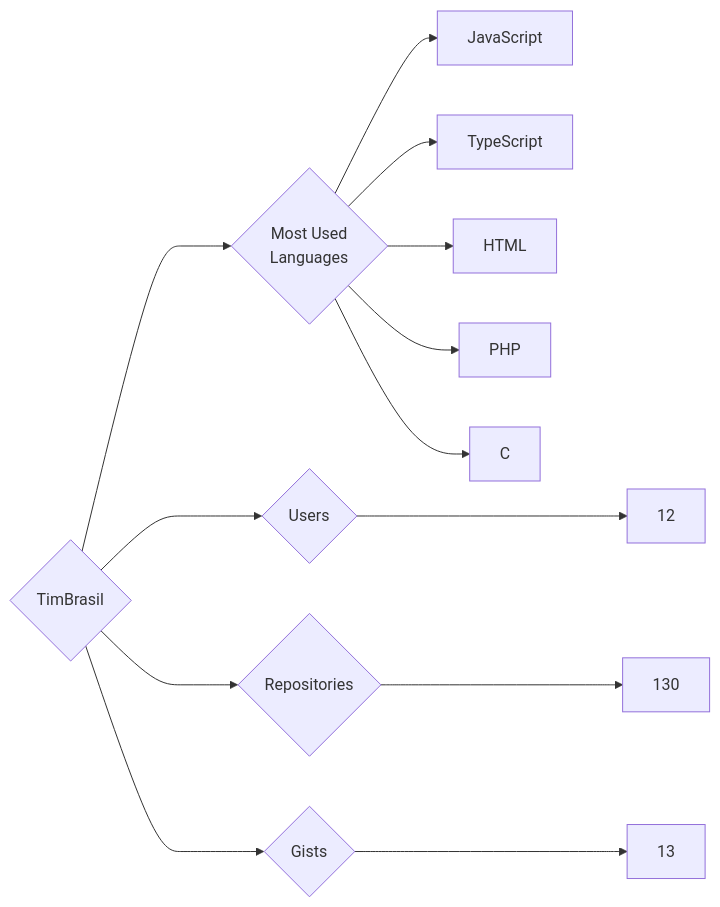
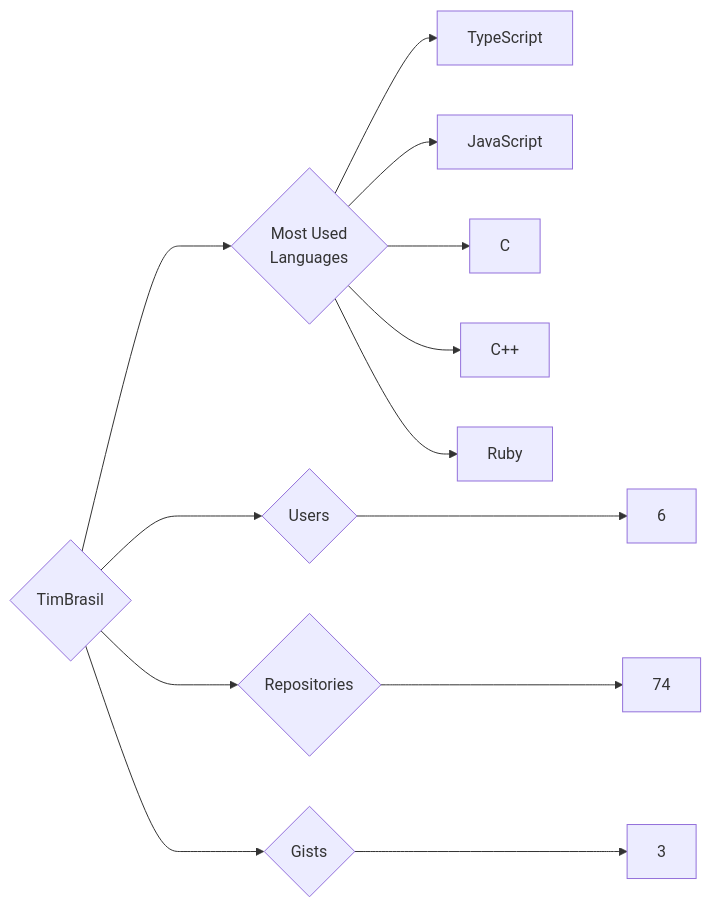
Before and after one commit to trickest/insiders: the diagram in targets/TimBrasil/README.md, drawn with Mermaid. The commit also changed 1484 other files, not shown here.

````diff
--- a/targets/TimBrasil/README.md
+++ b/targets/TimBrasil/README.md
@@ -3,13 +3,13 @@
 ```mermaid
 graph LR
 COMPANY_NAME{TimBrasil}
-COMPANY_NAME ---> U{Users} ---> UN[12]
-COMPANY_NAME ---> R{Repositories} ---> RN[130]
-COMPANY_NAME ---> G{Gists} ---> GN[13]
+COMPANY_NAME ---> U{Users} ---> UN[6]
+COMPANY_NAME ---> R{Repositories} ---> RN[74]
+COMPANY_NAME ---> G{Gists} ---> GN[3]
 COMPANY_NAME ---> ML{Most Used<br>Languages}
+ML --> TypeScript[TypeScript]
 ML --> JavaScript[JavaScript]
-ML --> TypeScript[TypeScript]
-ML --> HTML[HTML]
-ML --> PHP[PHP]
 ML --> C[C]
+ML --> C++[C++]
+ML --> Ruby[Ruby]
 ```
````
